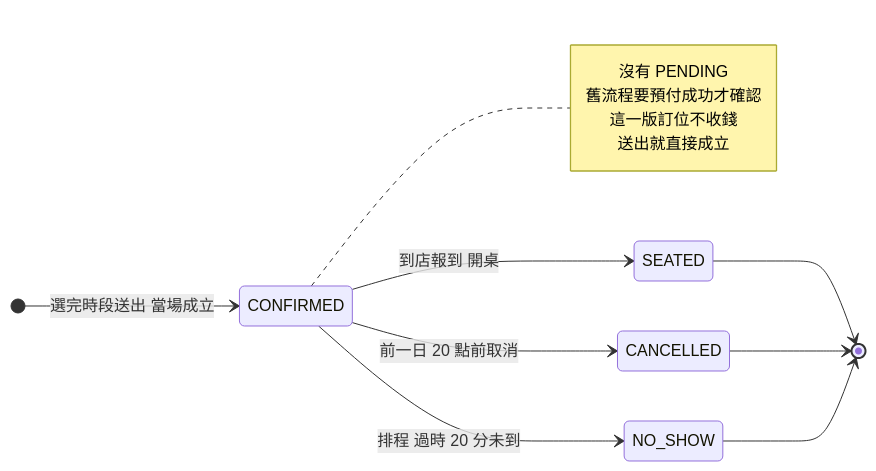
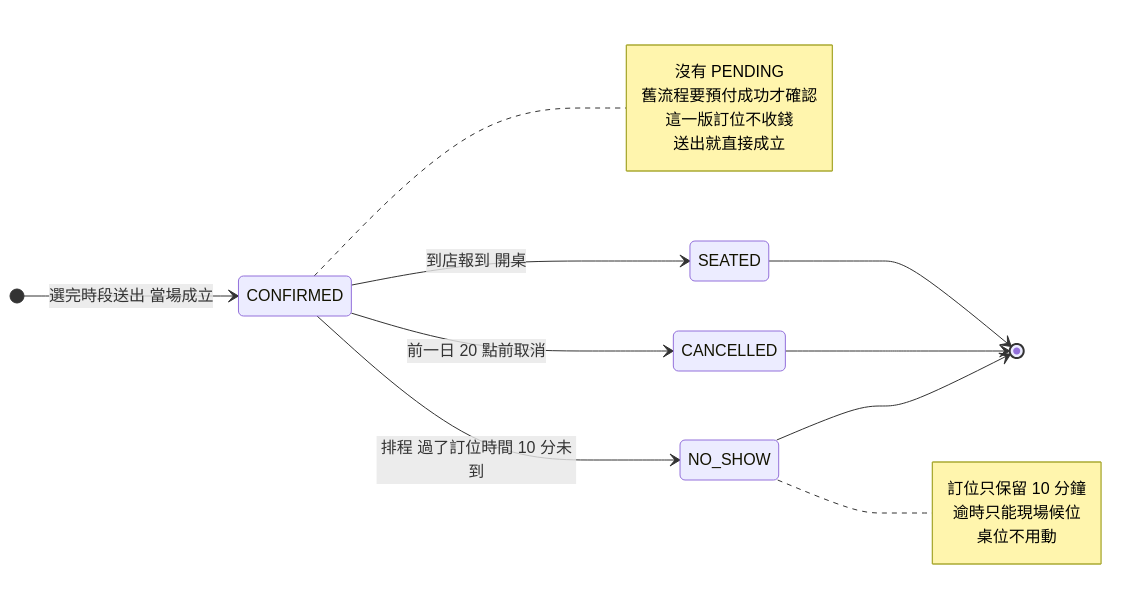
The tenth of 15 diagrams in docs/spec/06-圖表總覽.md (harry-wann/smart-order), drawn with Mermaid before and after one commit. The commit also changed other lines of this file and 91 other files, not shown here.

````diff
--- a/docs/spec/06-圖表總覽.md
+++ b/docs/spec/06-圖表總覽.md
@@ -639,18 +656,23 @@
 ```mermaid
 stateDiagram-v2
     direction LR
     [*] --> CONFIRMED : 選完時段送出 當場成立
     CONFIRMED --> SEATED : 到店報到 開桌
     CONFIRMED --> CANCELLED : 前一日 20 點前取消
-    CONFIRMED --> NO_SHOW : 排程 過時 20 分未到
+    CONFIRMED --> NO_SHOW : 排程 過了訂位時間 10 分未到
     SEATED --> [*]
     CANCELLED --> [*]
     NO_SHOW --> [*]
 
     note right of CONFIRMED
         沒有 PENDING
         舊流程要預付成功才確認
         這一版訂位不收錢
         送出就直接成立
     end note
+    note right of NO_SHOW
+        訂位只保留 10 分鐘
+        逾時只能現場候位
+        桌位不用動
+    end note
 ```
````
